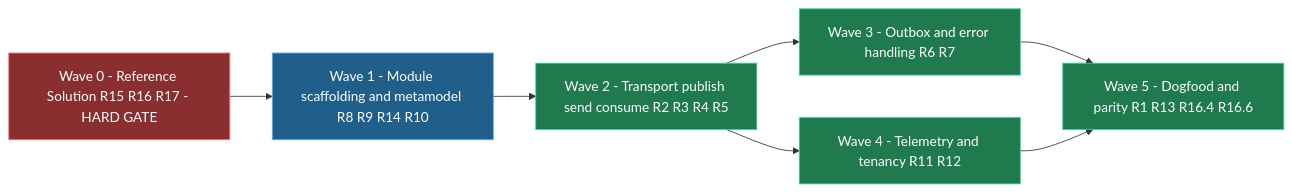
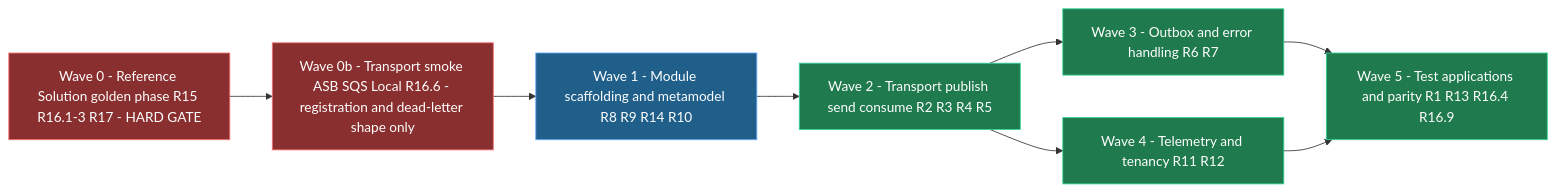
The second of 2 diagrams in intent/.specs/wolverine-eventing-module/design.mdx (IntentArchitect/Intent.Modules.NET), drawn with Mermaid before and after one commit. The commit also changed other lines of this file and 4 other files, not shown here.

First line of the commit message:
Refine Wolverine Eventing spec: expand Reference Solution, clarify Baseline/Test Application, adjust requirements/approvals timestamps and doc wording

````diff
--- a/intent/.specs/wolverine-eventing-module/design.mdx
+++ b/intent/.specs/wolverine-eventing-module/design.mdx
@@ -319,12 +370,13 @@
 ```mermaid
 flowchart LR
   classDef gate fill:#8a2f2f,stroke:#f87171,color:#ffffff
   classDef model fill:#1f5f8a,stroke:#60a5fa,color:#ffffff
   classDef code fill:#1f7a4d,stroke:#34d399,color:#ffffff
-  W0[Wave 0 - Reference Solution R15 R16 R17 - HARD GATE]:::gate --> W1[Wave 1 - Module scaffolding and metamodel R8 R9 R14 R10]:::model
+  W0[Wave 0 - Reference Solution golden phase R15 R16.1-3 R17 - HARD GATE]:::gate --> W0B[Wave 0b - Transport smoke ASB SQS Local R16.6 - registration and dead-letter shape only]:::gate
+  W0B --> W1[Wave 1 - Module scaffolding and metamodel R8 R9 R14 R10]:::model
   W1 --> W2[Wave 2 - Transport publish send consume R2 R3 R4 R5]:::code
   W2 --> W3[Wave 3 - Outbox and error handling R6 R7]:::code
   W2 --> W4[Wave 4 - Telemetry and tenancy R11 R12]:::code
-  W3 --> W5[Wave 5 - Dogfood and parity R1 R13 R16.4 R16.6]:::code
+  W3 --> W5[Wave 5 - Test applications and parity R1 R13 R16.4 R16.9]:::code
   W4 --> W5
 ```
````
